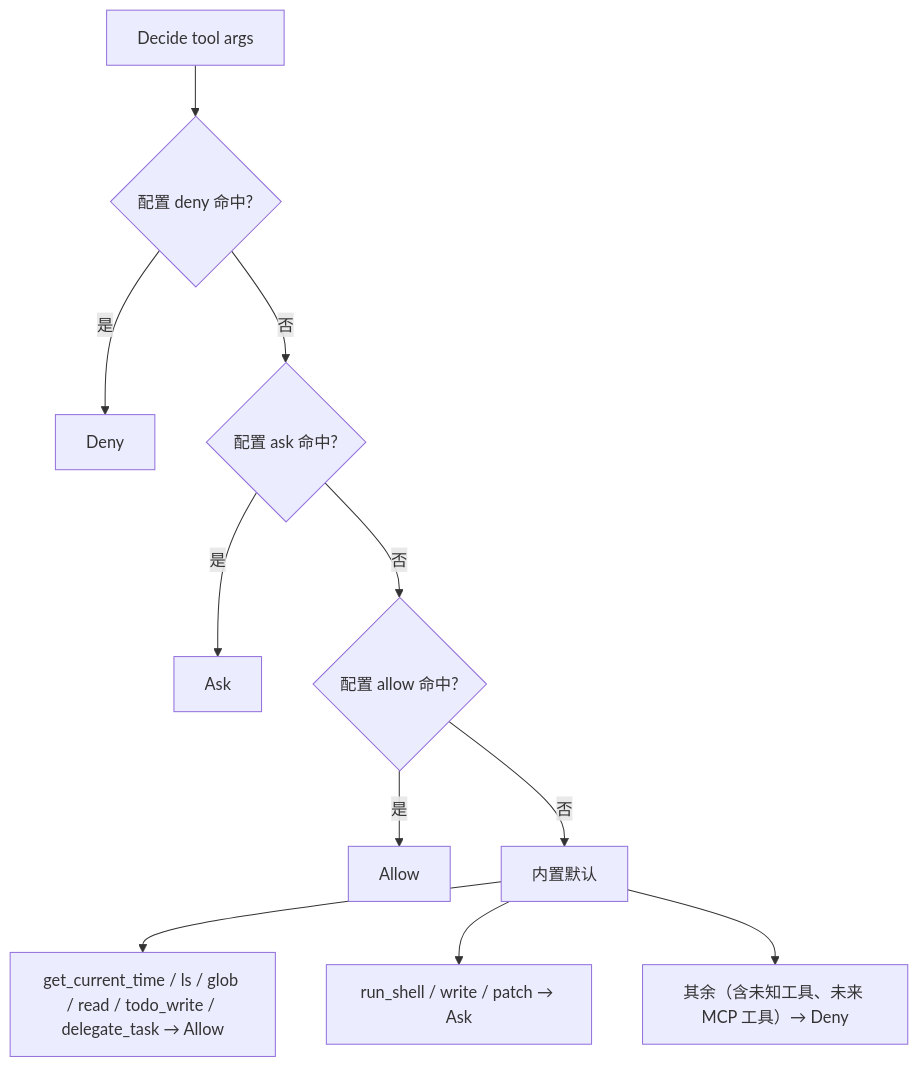
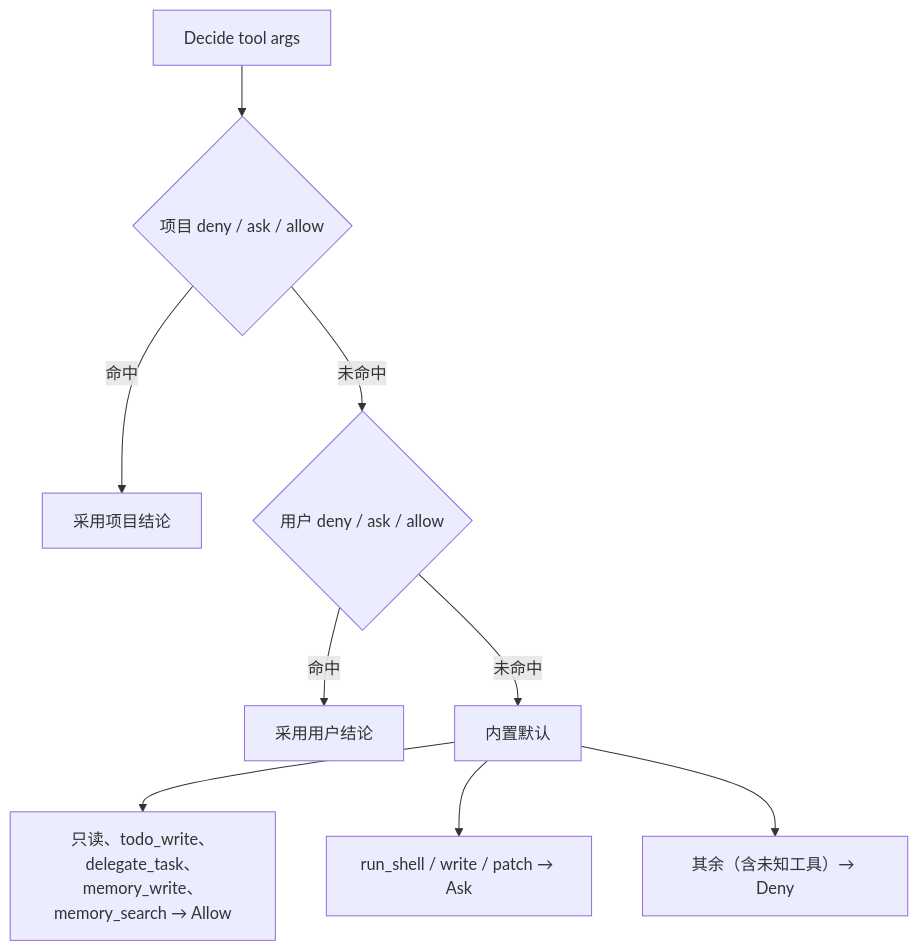
One commit to xgk1906806hjy/Hi-Agent changed the diagram in docs/permission/功能逻辑.md. Above: the diagram before and after it, drawn with Mermaid. The commit also changed other lines of this file and 80 other files, not shown here.

````diff
--- a/docs/permission/功能逻辑.md
+++ b/docs/permission/功能逻辑.md
@@ -31,13 +34,11 @@
 ```mermaid
 flowchart TD
-  A[Decide tool args] --> B{配置 deny 命中?}
-  B -->|是| D[Deny]
-  B -->|否| C{配置 ask 命中?}
-  C -->|是| K[Ask]
-  C -->|否| E{配置 allow 命中?}
-  E -->|是| L[Allow]
-  E -->|否| F[内置默认]
-  F --> G["get_current_time / ls / glob / read / todo_write / delegate_task → Allow"]
+  A[Decide tool args] --> P{项目 deny / ask / allow}
+  P -->|命中| R[采用项目结论]
+  P -->|未命中| U{用户 deny / ask / allow}
+  U -->|命中| S[采用用户结论]
+  U -->|未命中| F[内置默认]
+  F --> G["只读、todo_write、delegate_task、memory_write、memory_search → Allow"]
   F --> H["run_shell / write / patch → Ask"]
-  F --> I["其余（含未知工具、未来 MCP 工具）→ Deny"]
+  F --> I["其余（含未知工具）→ Deny"]
 ```
````
